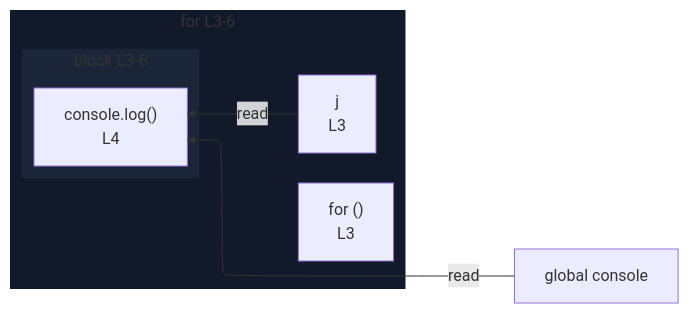
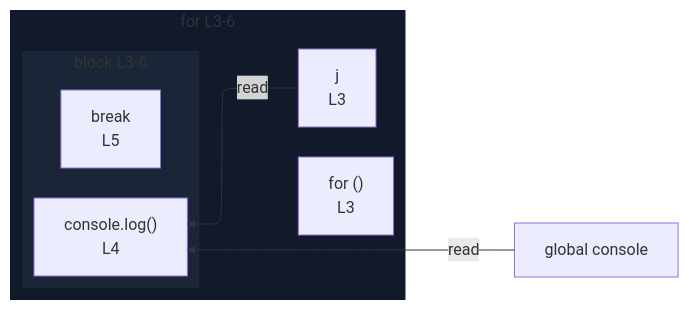
One commit to crescware/unsnarl changed the diagram in integration/fixtures/iteration-statement/classic-for/const-init-empty-update/preview.md. Above: the diagram before and after it, drawn with Mermaid. The commit also changed 352 other files, not shown here.

````diff
--- a/integration/fixtures/iteration-statement/classic-for/const-init-empty-update/preview.md
+++ b/integration/fixtures/iteration-statement/classic-for/const-init-empty-update/preview.md
@@ -16,20 +16,21 @@
 ```mermaid
 %%{init: {"flowchart": {"defaultRenderer": "elk"}}}%%
 flowchart RL
   n_scope_0_console_128["global console"]
   subgraph s_scope_1["for L3-6"]
     direction RL
     for_test_scope_0_102["for ()<br/>L3"]
     n_scope_1_j_113["j<br/>L3"]
     subgraph s_scope_2["block L3-6"]
       direction RL
+      bc_break_146["break<br/>L5"]
       expr_stmt_128["console.log()<br/>L4"]
     end
   end
   n_scope_0_console_128 -->|read| expr_stmt_128
   n_scope_1_j_113 -->|read| expr_stmt_128
   classDef nestL1 fill:#11192a,stroke:transparent;
   class s_scope_1 nestL1;
   classDef nestL2 fill:#1a2538,stroke:transparent;
   class s_scope_2 nestL2;
 ```
````
